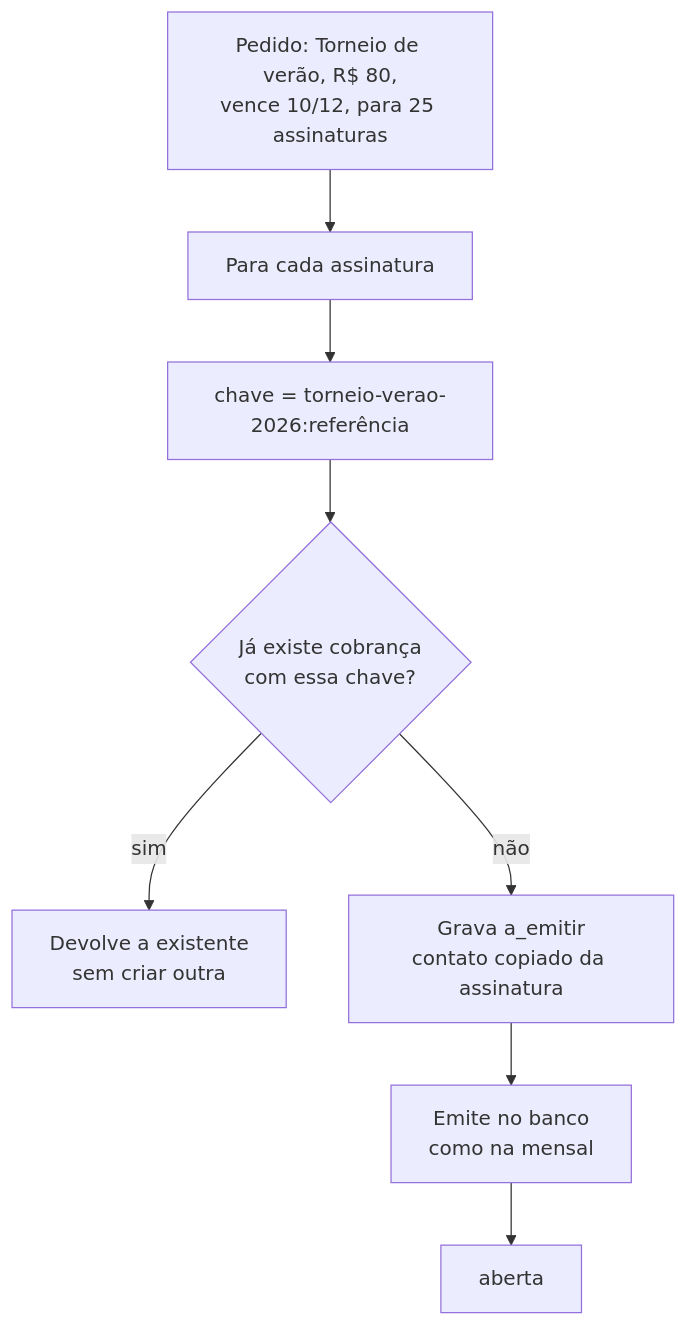
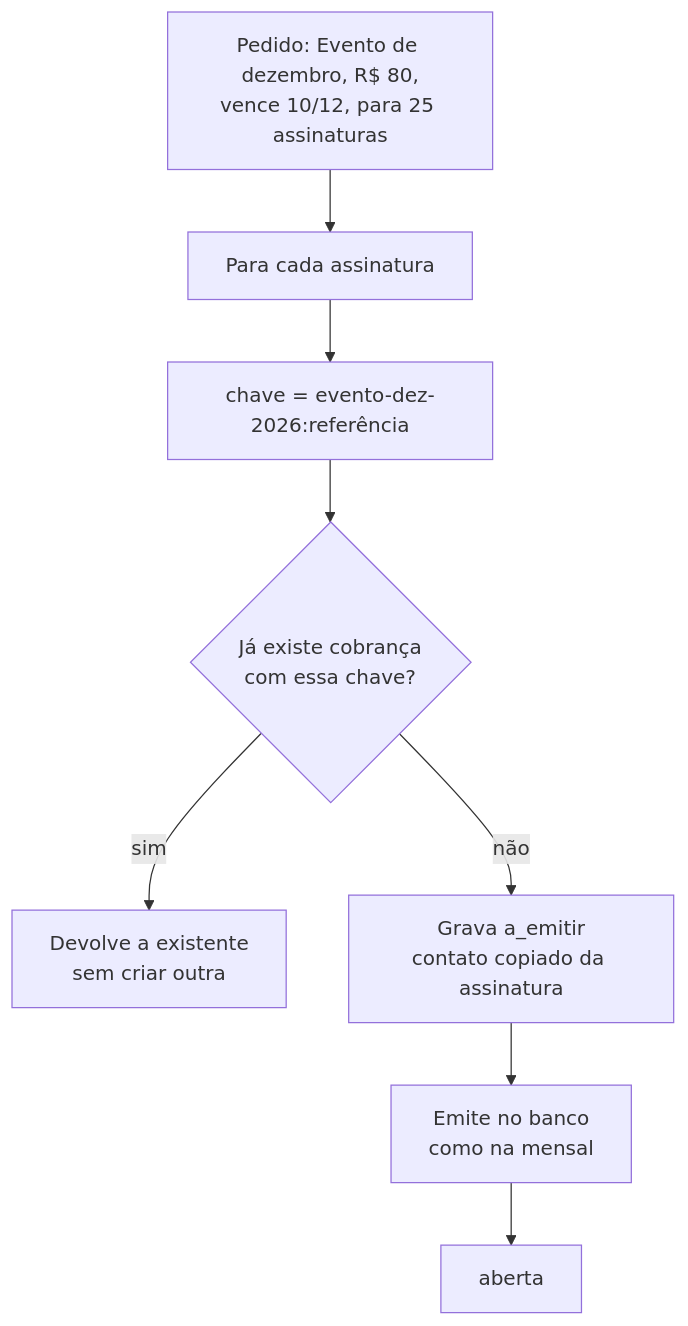
The fourth of 9 diagrams in docs/processos.md (leonardorudolfocardoso/pix-em-dia), drawn with Mermaid before and after one commit. The commit also changed other lines of this file, not shown here.

````diff
--- a/docs/processos.md
+++ b/docs/processos.md
@@ -114,10 +114,10 @@
 ```mermaid
 flowchart TD
-  pedido["Pedido: Torneio de verão, R$ 80,<br/>vence 10/12, para 25 assinaturas"] --> cada["Para cada assinatura"]
-  cada --> chave["chave = torneio-verao-2026:referência"]
+  pedido["Pedido: Evento de dezembro, R$ 80,<br/>vence 10/12, para 25 assinaturas"] --> cada["Para cada assinatura"]
+  cada --> chave["chave = evento-dez-2026:referência"]
   chave --> existe{"Já existe cobrança<br/>com essa chave?"}
   existe -->|sim| devolve["Devolve a existente<br/>sem criar outra"]
   existe -->|não| grava["Grava a_emitir<br/>contato copiado da assinatura"]
   grava --> emite["Emite no banco<br/>como na mensal"]
   emite --> aberta["aberta"]
 ```
````
